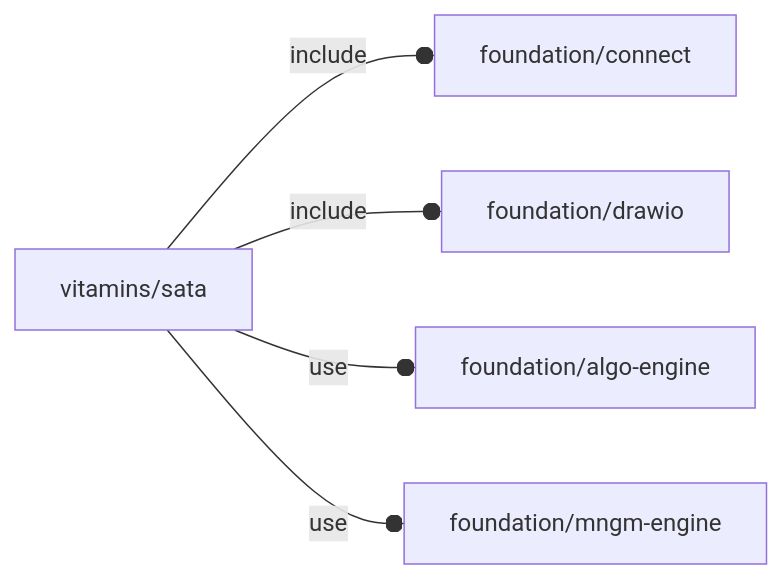
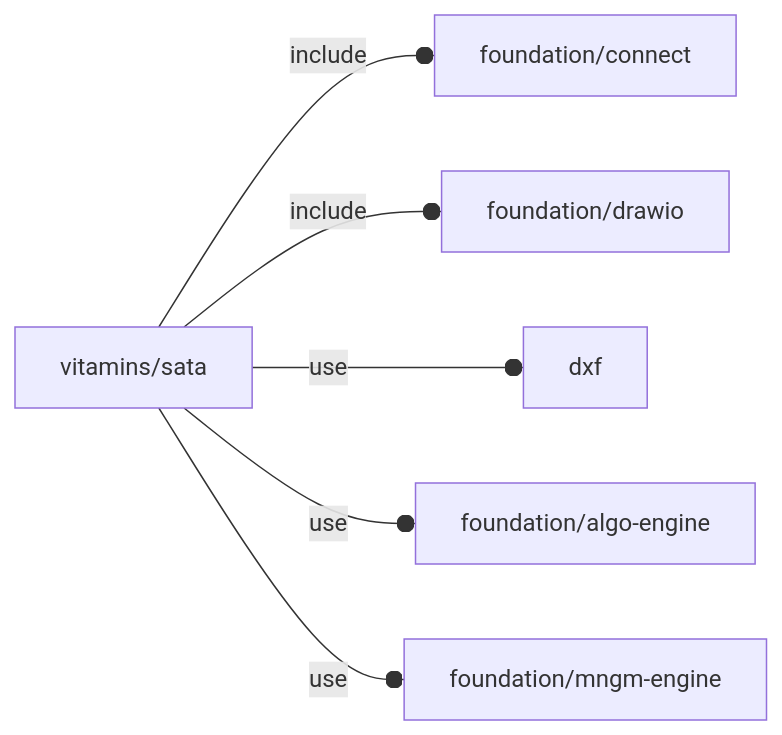
Before and after one commit to ggabbiani/OFL: the diagram in orthodocs/vitamins/sata.md, drawn with Mermaid. The commit also changed other lines of this file and 4 other files, not shown here.

````diff
--- a/orthodocs/vitamins/sata.md
+++ b/orthodocs/vitamins/sata.md
@@ -5,7 +5,8 @@
 ```mermaid
 graph LR
     A1[vitamins/sata] --o|include| A2[foundation/connect]
     A1 --o|include| A3[foundation/drawio]
-    A1 --o|use| A4[foundation/algo-engine]
-    A1 --o|use| A5[foundation/mngm-engine]
+    A1 --o|use| A4[dxf]
+    A1 --o|use| A5[foundation/algo-engine]
+    A1 --o|use| A6[foundation/mngm-engine]
 ```
````
